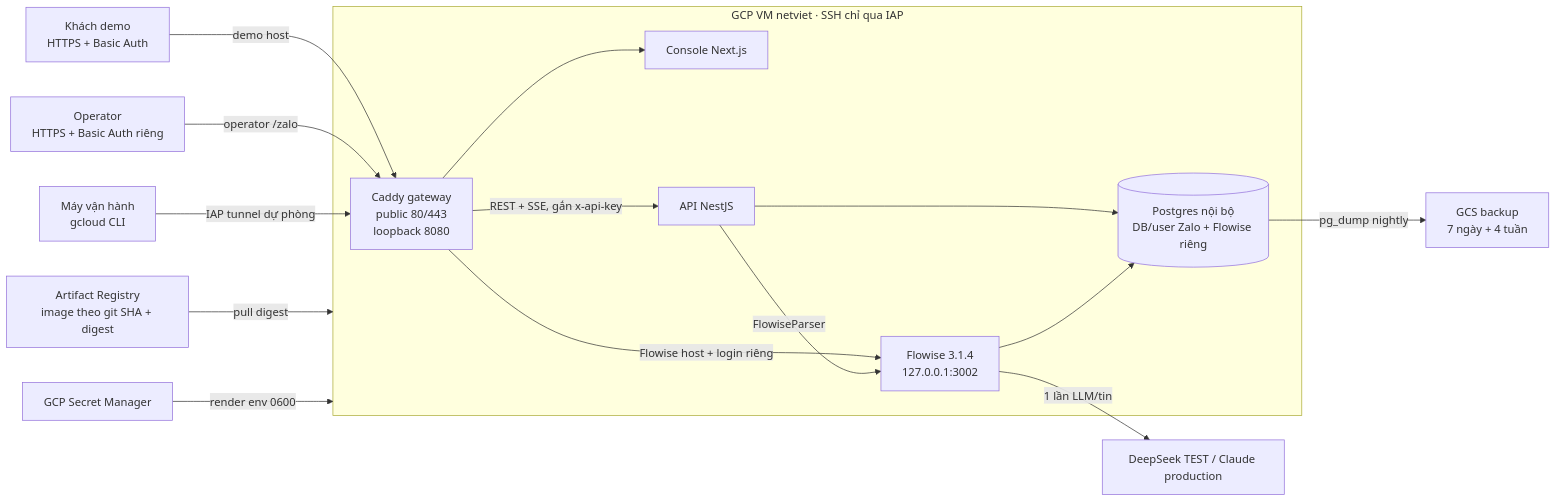
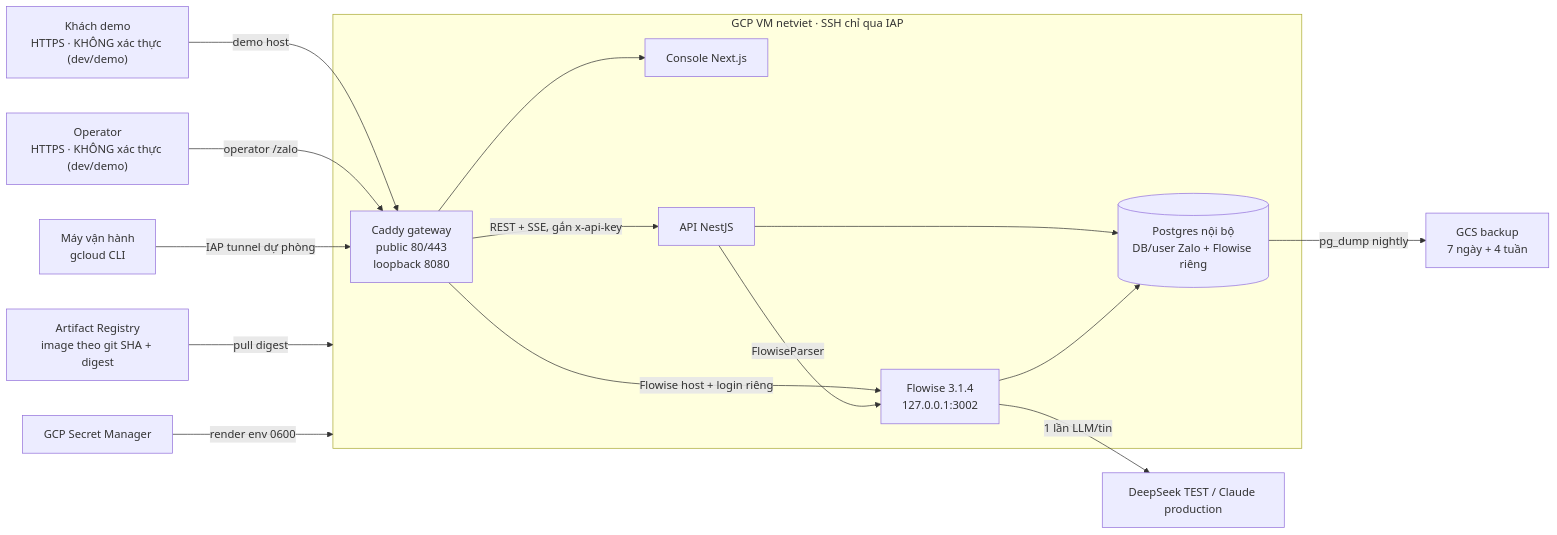
Diagram 11 of 12 in docs/so-do-he-thong.md (phungtienviet14-sketch/nexagnet-platform), drawn with Mermaid before and after one commit. The commit also changed other lines of this file and 22 other files, not shown here.

````diff
--- a/docs/so-do-he-thong.md
+++ b/docs/so-do-he-thong.md
@@ -470,33 +470,33 @@
 ```mermaid
 flowchart LR
     OP["Máy vận hành<br/>gcloud CLI"]
     SM["GCP Secret Manager"]
     AR["Artifact Registry<br/>image theo git SHA + digest"]
     GCS["GCS backup<br/>7 ngày + 4 tuần"]
     LLM3["DeepSeek TEST / Claude production"]
 
-    CUSTOMER["Khách demo<br/>HTTPS + Basic Auth"]
-    OPERATOR["Operator<br/>HTTPS + Basic Auth riêng"]
+    CUSTOMER["Khách demo<br/>HTTPS · KHÔNG xác thực (dev/demo)"]
+    OPERATOR["Operator<br/>HTTPS · KHÔNG xác thực (dev/demo)"]
 
     subgraph VM["GCP VM netviet · SSH chỉ qua IAP"]
         GW["Caddy gateway<br/>public 80/443<br/>loopback 8080"]
         WEBP["Console Next.js"]
         APIP["API NestJS"]
         FLOWP["Flowise 3.1.4<br/>127.0.0.1:3002"]
         PGD[("Postgres nội bộ<br/>DB/user Zalo + Flowise riêng")]
     end
 
     CUSTOMER -->|"demo host"| GW
     OPERATOR -->|"operator /zalo"| GW
     OP -->|"IAP tunnel dự phòng"| GW
     AR -->|"pull digest"| VM
     SM -->|"render env 0600"| VM
     GW --> WEBP
     GW -->|"REST + SSE, gắn x-api-key"| APIP
     GW -->|"Flowise host + login riêng"| FLOWP
     APIP -->|"FlowiseParser"| FLOWP
     FLOWP -->|"1 lần LLM/tin"| LLM3
     APIP --> PGD
     FLOWP --> PGD
     PGD -->|"pg_dump nightly"| GCS
 ```
````
